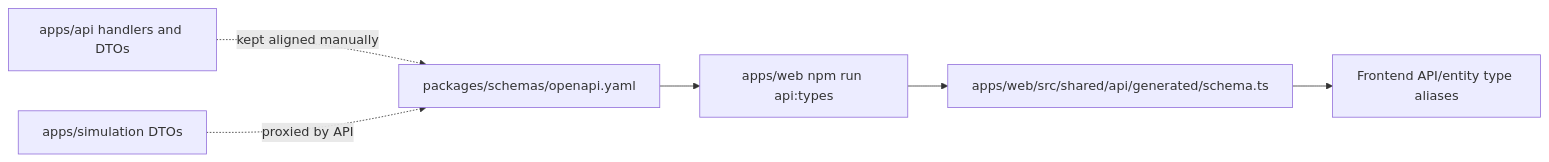
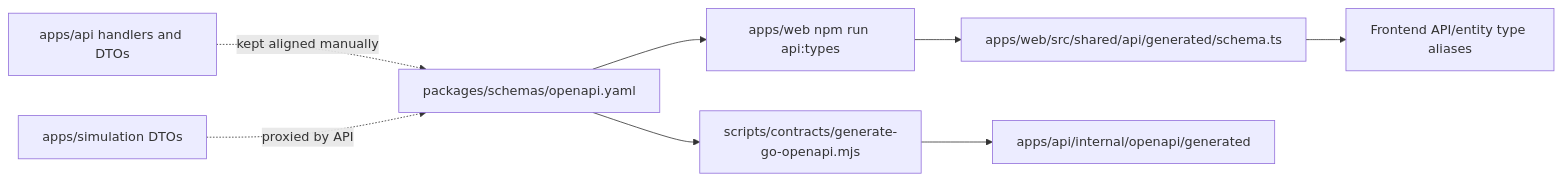
Before and after one commit to dimbo1324/smr-digital-twin-platform-r: the second of 15 diagrams in docs/architecture.md, drawn with Mermaid. The commit also changed other lines of this file and 44 other files, not shown here.

````diff
--- a/docs/architecture.md
+++ b/docs/architecture.md
@@ -28,8 +28,10 @@
 ```mermaid
 flowchart LR
     OpenAPI["packages/schemas/openapi.yaml"] --> Generator["apps/web npm run api:types"]
+    OpenAPI --> GoGenerator["scripts/contracts/generate-go-openapi.mjs"]
     Generator --> TSTypes["apps/web/src/shared/api/generated/schema.ts"]
+    GoGenerator --> GoGenerated["apps/api/internal/openapi/generated"]
     TSTypes --> FrontendAPI["Frontend API/entity type aliases"]
     GoAPI["apps/api handlers and DTOs"] -. kept aligned manually .-> OpenAPI
     SimulationDTOs["apps/simulation DTOs"] -. proxied by API .-> OpenAPI
 ```
````
